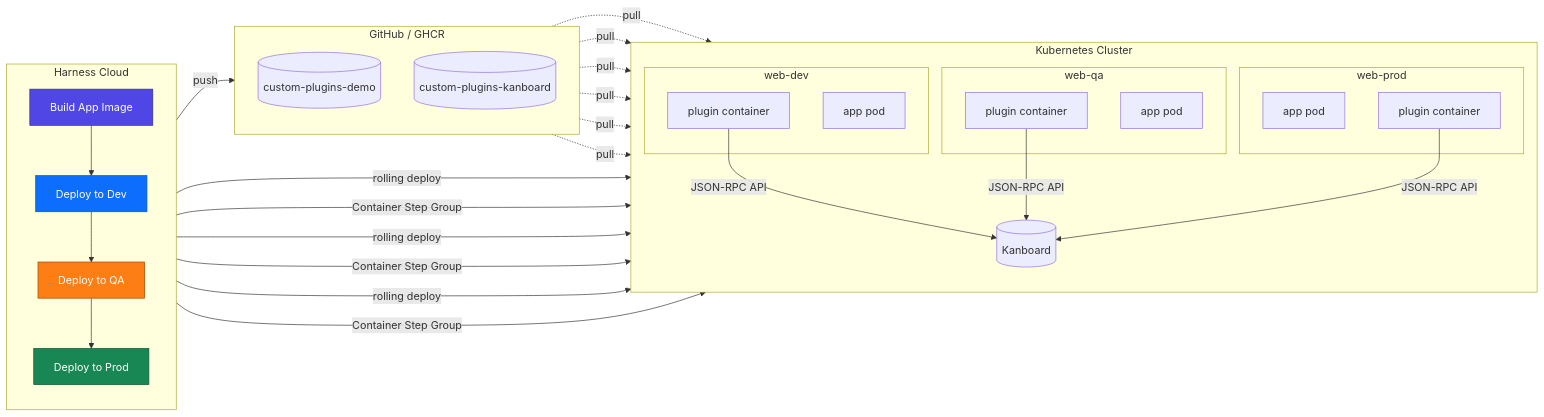
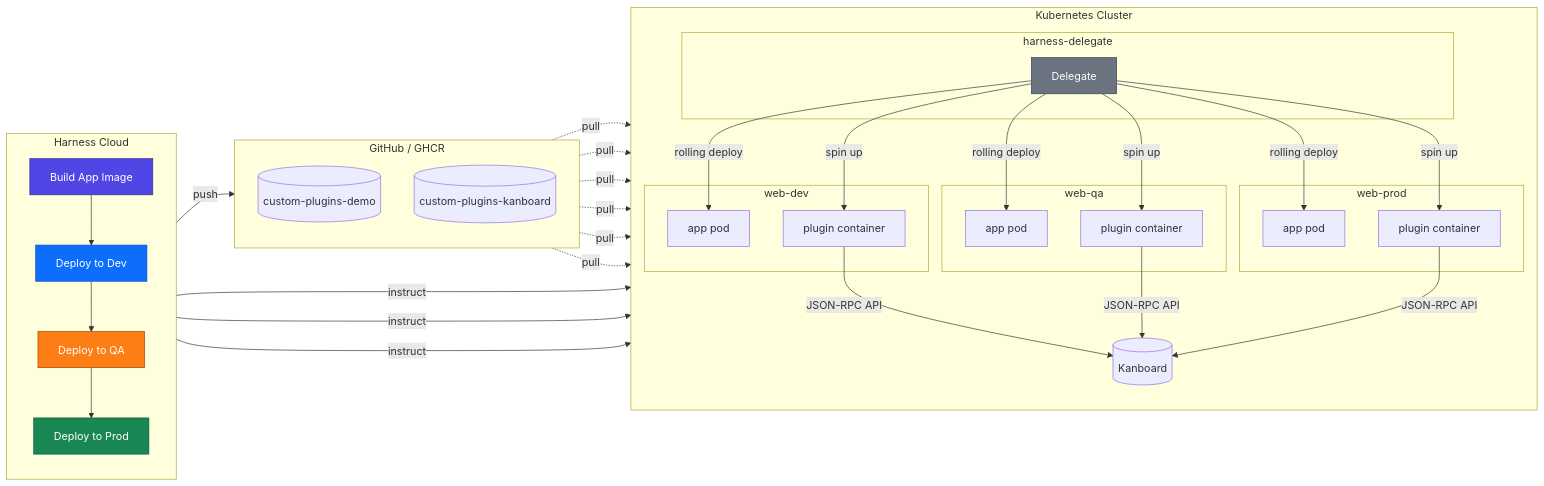
The diagram in README.md (stephen-w-pracy/cd-tidbit-custom-plugins), drawn with Mermaid before and after one commit. The commit also changed 1 other file, not shown here.

Commit message:
better screenshots and diagram

````diff
--- a/README.md
+++ b/README.md
@@ -387,59 +387,67 @@
 ```mermaid
 flowchart LR
     subgraph Harness["Harness Cloud"]
         direction TB
         Build["Build App Image"]
         DeployDev["Deploy to Dev"]
         DeployQA["Deploy to QA"]
         DeployProd["Deploy to Prod"]
         Build --> DeployDev --> DeployQA --> DeployProd
     end
 
     subgraph GH["GitHub / GHCR"]
         direction TB
         AppImg[("custom-plugins-demo")]
         PluginImg[("custom-plugins-kanboard")]
     end
 
     subgraph K8s["Kubernetes Cluster"]
         direction TB
+        subgraph nsdel["harness-delegate"]
+            Delegate["Delegate"]
+        end
         subgraph nsdev["web-dev"]
             PodDev["app pod"]
             CtrDev["plugin container"]
         end
         subgraph nsqa["web-qa"]
             PodQA["app pod"]
             CtrQA["plugin container"]
         end
         subgraph nsprod["web-prod"]
             PodProd["app pod"]
             CtrProd["plugin container"]
         end
         KB[("Kanboard")]
     end
 
     Build -->|push| AppImg
 
     AppImg -.->|pull| PodDev
     AppImg -.->|pull| PodQA
     AppImg -.->|pull| PodProd
     PluginImg -.->|pull| CtrDev
     PluginImg -.->|pull| CtrQA
     PluginImg -.->|pull| CtrProd
 
-    DeployDev -->|rolling deploy| PodDev
-    DeployDev -->|"Container Step Group"| CtrDev
-    DeployQA -->|rolling deploy| PodQA
-    DeployQA -->|"Container Step Group"| CtrQA
-    DeployProd -->|rolling deploy| PodProd
-    DeployProd -->|"Container Step Group"| CtrProd
+    DeployDev -->|instruct| Delegate
+    DeployQA -->|instruct| Delegate
+    DeployProd -->|instruct| Delegate
+
+    Delegate -->|rolling deploy| PodDev
+    Delegate -->|rolling deploy| PodQA
+    Delegate -->|rolling deploy| PodProd
+    Delegate -->|"spin up"| CtrDev
+    Delegate -->|"spin up"| CtrQA
+    Delegate -->|"spin up"| CtrProd
 
     CtrDev -->|JSON-RPC API| KB
     CtrQA -->|JSON-RPC API| KB
     CtrProd -->|JSON-RPC API| KB
 
     style Build fill:#4f46e5,stroke:#312e81,color:#fff
     style DeployDev fill:#0d6efd,stroke:#0a4fbf,color:#fff
     style DeployQA fill:#fd7e14,stroke:#a04600,color:#fff
     style DeployProd fill:#198754,stroke:#0f5132,color:#fff
+    style Delegate fill:#6b7280,stroke:#374151,color:#fff
 ```
````
